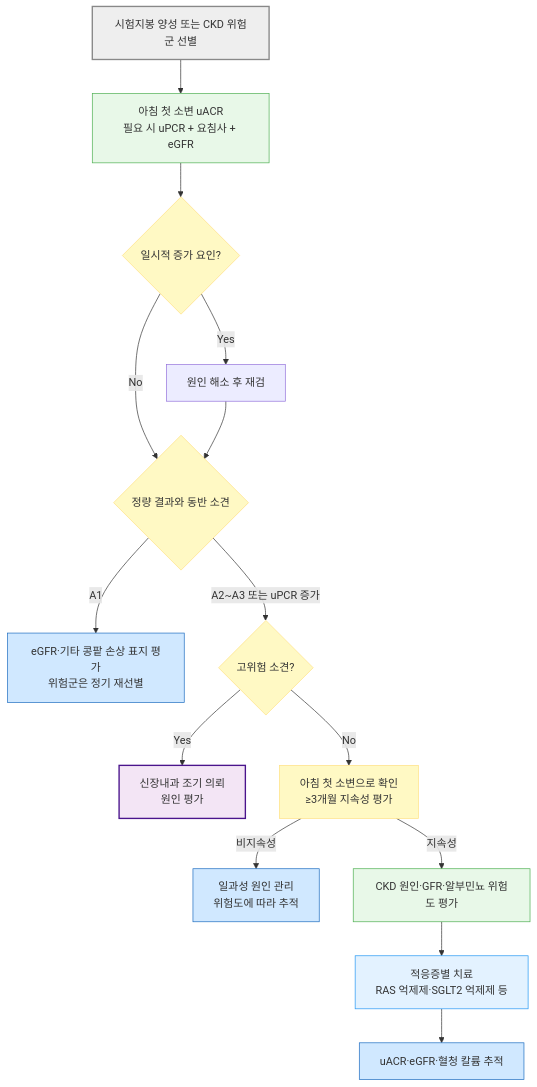
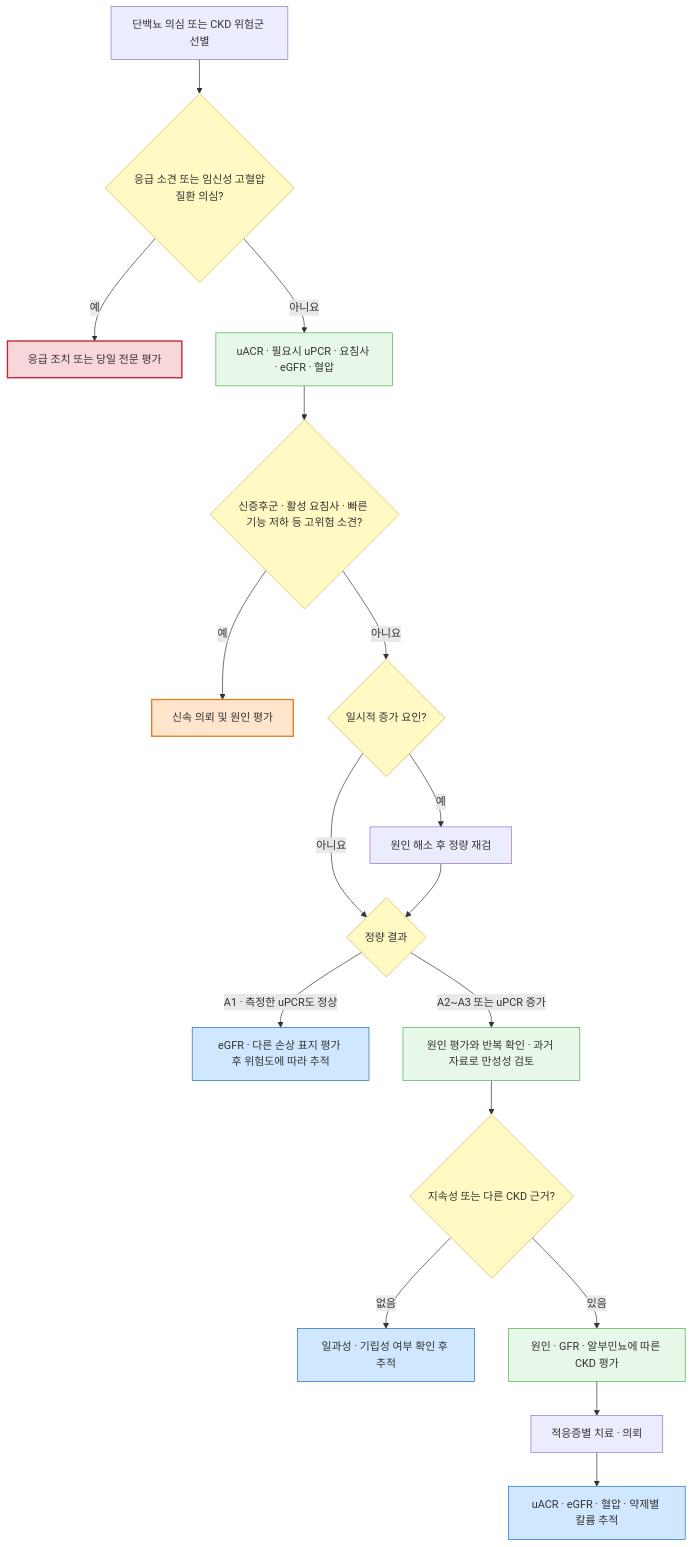
The diagram in 227_/111_-proteinuria.md (familyoh77/familyoh77), drawn with Mermaid before and after one commit. The commit also changed other lines of this file and 2 other files, not shown here.

````diff
--- a/227_/111_-proteinuria.md
+++ b/227_/111_-proteinuria.md
@@ -190,26 +218,27 @@
 ```mermaid
-graph TD
-    D1[시험지봉 양성 또는 CKD 위험군 선별] --> U1[아침 첫 소변 uACR<br/>필요 시 uPCR + 요침사 + eGFR]
-    U1 --> C{일시적 증가 요인?}
-    C -->|Yes| R[원인 해소 후 재검]
-    C -->|No| A{정량 결과와 동반 소견}
+flowchart TD
+    D1["단백뇨 의심 또는 CKD 위험군 선별"] --> Q{"응급 소견 또는 임신성 고혈압질환 의심?"}
+    Q -->|예| ER["응급 조치 또는 당일 전문 평가"]
+    Q -->|아니요| U1["uACR · 필요시 uPCR · 요침사 · eGFR · 혈압"]
+    U1 --> H{"신증후군 · 활성 요침사 · 빠른 기능 저하 등 고위험 소견?"}
+    H -->|예| Ref["신속 의뢰 및 원인 평가"]
+    H -->|아니요| C{"일시적 증가 요인?"}
+    C -->|예| R["원인 해소 후 정량 재검"]
+    C -->|아니요| A{"정량 결과"}
     R --> A
-    A -->|A1| E1[eGFR·기타 콩팥 손상 표지 평가<br/>위험군은 정기 재선별]
-    A -->|A2~A3 또는 uPCR 증가| H{고위험 소견?}
-    H -->|Yes| Ref[신장내과 조기 의뢰<br/>원인 평가]
-    H -->|No| Persist[아침 첫 소변으로 확인<br/>≥3개월 지속성 평가]
-    Persist -->|비지속성| F1[일과성 원인 관리<br/>위험도에 따라 추적]
-    Persist -->|지속성| CKDeval["CKD 원인·GFR·알부민뇨 위험도 평가"]
-    CKDeval --> Tx[적응증별 치료<br/>RAS 억제제·SGLT2 억제제 등]
-    Tx --> FU[uACR·eGFR·혈청 칼륨 추적]
-
-style D1 fill:#eeeeee,stroke:#888888,stroke-width:2px
-classDef lightGreen fill:#e8f8e8,stroke:#4caf50
-class U1,CKDeval lightGreen
-classDef yellow fill:#fff9c4,stroke:#ffe082
-class C,A,H,Persist yellow
-classDef blue fill:#d0e8ff,stroke:#1a6abf
-class E1,F1,FU blue
-style Tx fill:#e3f2ff,stroke:#2196f3
-style Ref fill:#f3e5f5,stroke:#4a148c,stroke-width:2px
+    A -->|"A1 · 측정한 uPCR도 정상"| E1["eGFR · 다른 손상 표지 평가 후 위험도에 따라 추적"]
+    A -->|"A2~A3 또는 uPCR 증가"| P["원인 평가와 반복 확인 · 과거 자료로 만성성 검토"]
+    P --> K{"지속성 또는 다른 CKD 근거?"}
+    K -->|없음| F1["일과성 · 기립성 여부 확인 후 추적"]
+    K -->|있음| CKD["원인 · GFR · 알부민뇨에 따른 CKD 평가"]
+    CKD --> Tx["적응증별 치료 · 의뢰"]
+    Tx --> FU["uACR · eGFR · 혈압 · 약제별 칼륨 추적"]
+    classDef decision fill:#fff9c4,stroke:#d6b656
+    classDef evaluation fill:#e8f8e8,stroke:#4caf50
+    classDef endpoint fill:#d0e8ff,stroke:#1a6abf
+    class Q,H,C,A,K decision
+    class U1,P,CKD evaluation
+    class E1,F1,FU endpoint
+    style ER fill:#f8d7da,stroke:#c82333,stroke-width:2px
+    style Ref fill:#ffe5cc,stroke:#e67e22,stroke-width:2px
 ```
````
